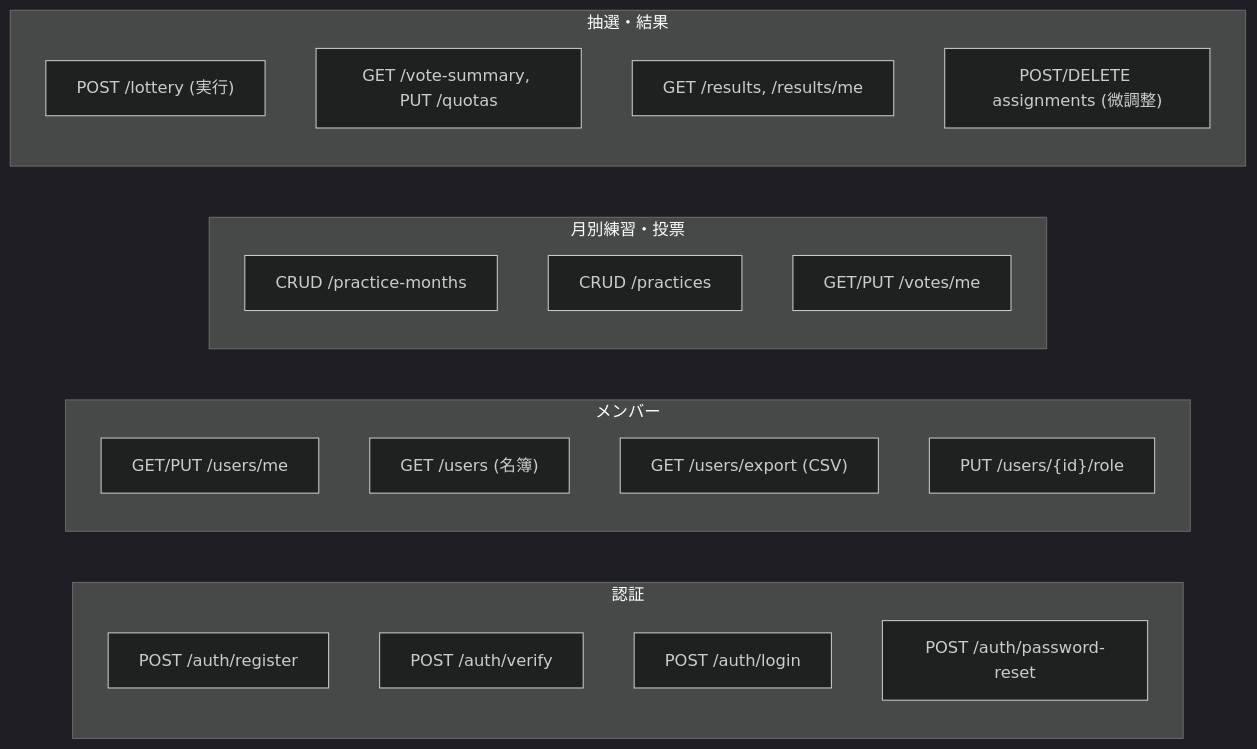
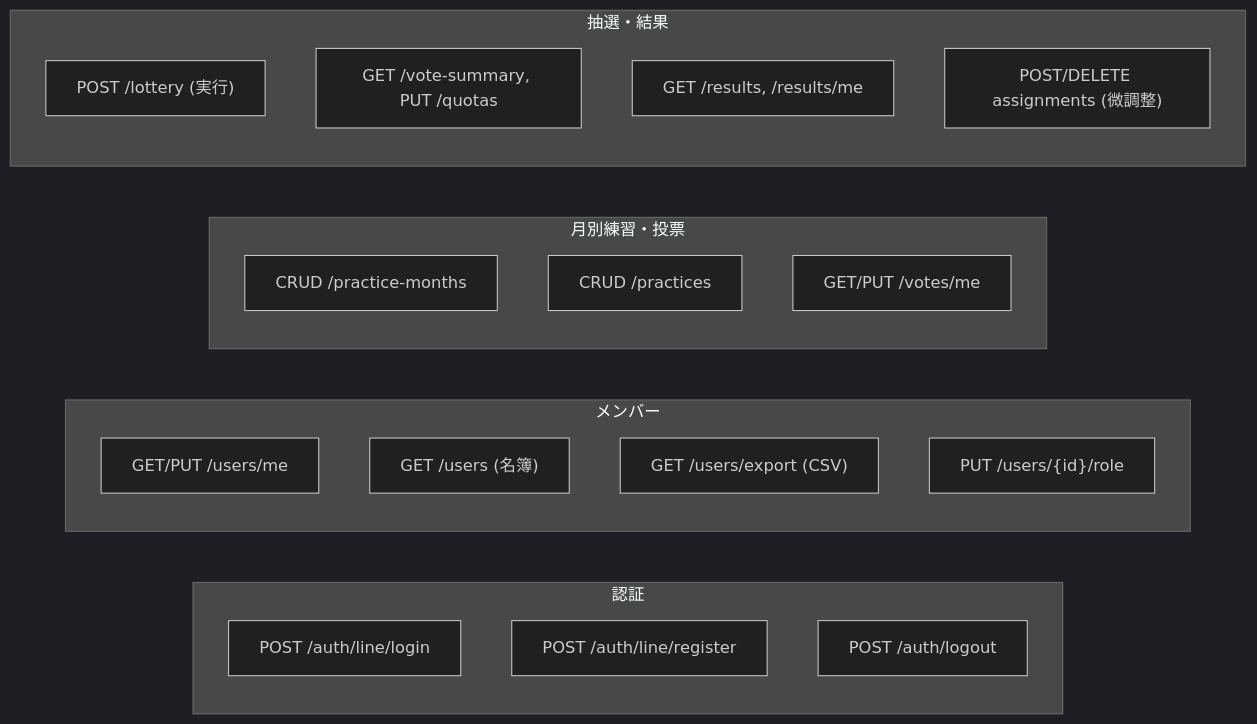
Before and after one commit to maruyama0124/lottery-system: the diagram in specification/docs/api-design/index.md, drawn with Mermaid (dark theme). The commit also changed other lines of this file and 52 other files, not shown here.

````diff
--- a/specification/docs/api-design/index.md
+++ b/specification/docs/api-design/index.md
@@ -73,26 +72,25 @@
 ```mermaid
 graph LR
     subgraph AUTH["認証"]
-        A1["POST /auth/register"]
-        A2["POST /auth/verify"]
-        A3["POST /auth/login"]
-        A4["POST /auth/password-reset"]
+        A1["POST /auth/line/login"]
+        A2["POST /auth/line/register"]
+        A3["POST /auth/logout"]
     end
     subgraph USERS["メンバー"]
         U1["GET/PUT /users/me"]
         U2["GET /users (名簿)"]
         U3["GET /users/export (CSV)"]
         U4["PUT /users/{id}/role"]
     end
     subgraph PM["月別練習・投票"]
         P1["CRUD /practice-months"]
         P2["CRUD /practices"]
         P3["GET/PUT /votes/me"]
     end
     subgraph LOT["抽選・結果"]
         L1["POST /lottery (実行)"]
         L2["GET /vote-summary, PUT /quotas"]
         L3["GET /results, /results/me"]
         L4["POST/DELETE assignments (微調整)"]
     end
 ```
````
